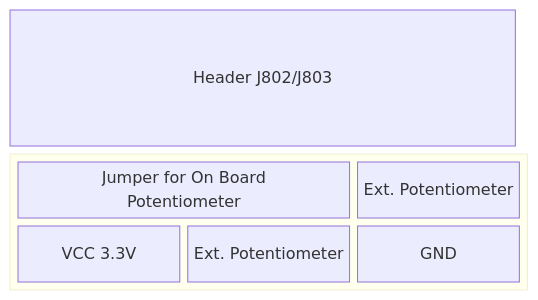
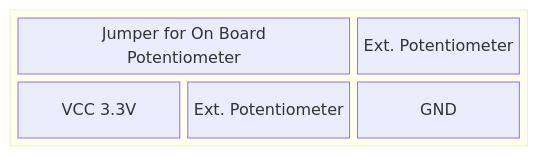
Before and after one commit to KROIA/Voicemail-Box: the second of 2 diagrams in Hardware/README.md, drawn with Mermaid. The commit also changed other lines of this file, not shown here.

````diff
--- a/Hardware/README.md
+++ b/Hardware/README.md
@@ -63,13 +64,11 @@
 ```mermaid
 block-beta
-    columns 1
-    doc["Header J802/J803"]
     block:group1
         columns 3
         a[" Jumper for On Board \n Potentiometer "]:2
         c["Ext. Potentiometer"]
         d["VCC 3.3V"]
         e["Ext. Potentiometer"]
         f["GND"]
     end
 ```
````
